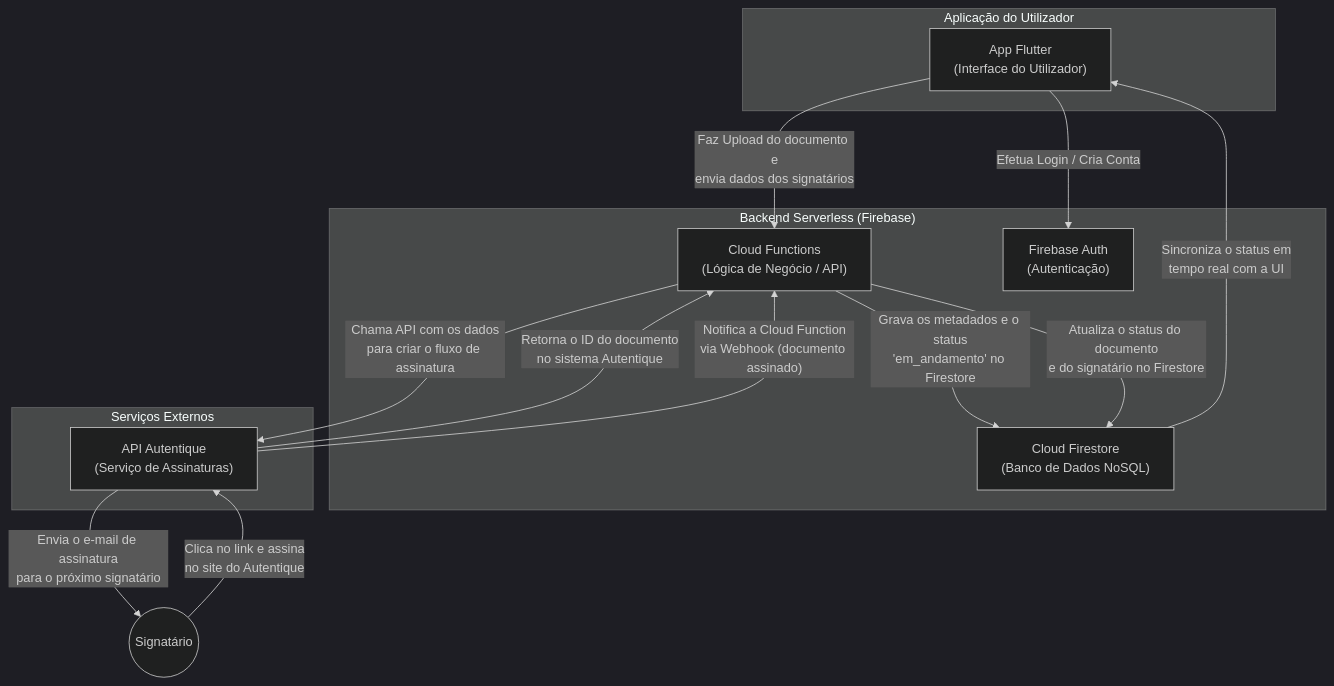
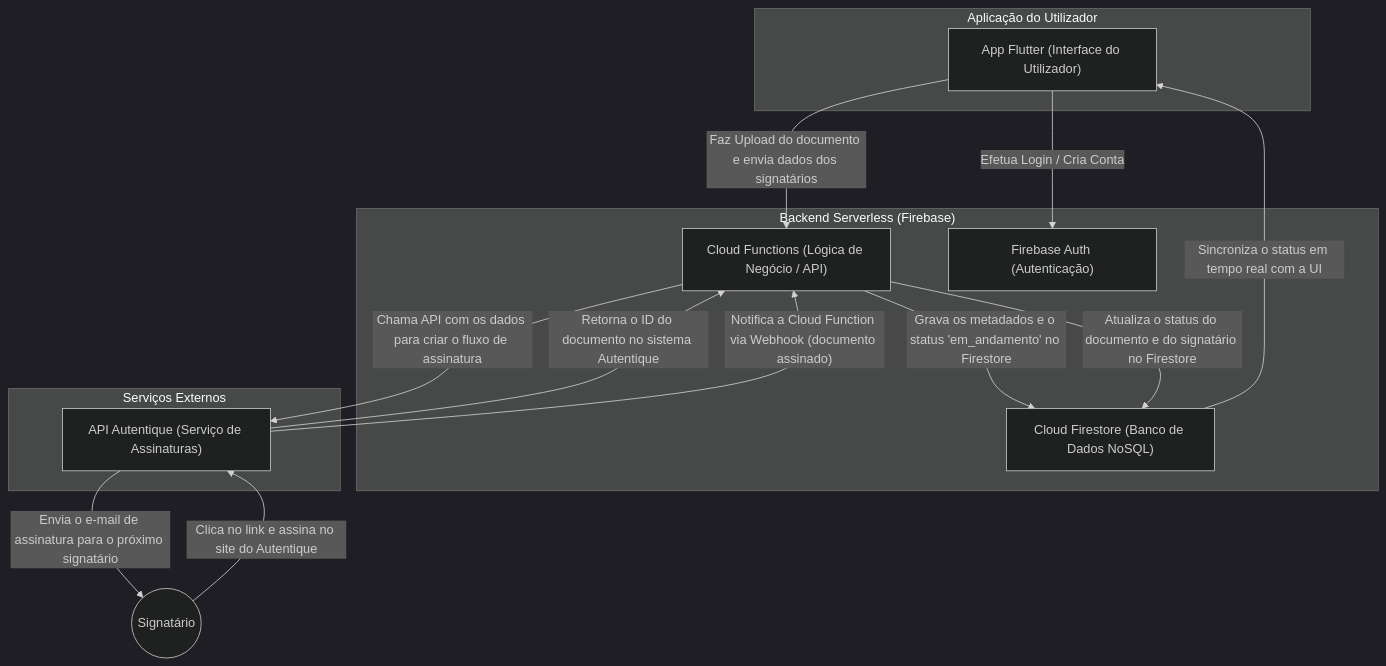
One commit to JoaoPapp/Portifolio changed the first of 4 diagrams in README.md. Above: the diagram before and after it, drawn with Mermaid (dark theme).

````diff
--- a/README.md
+++ b/README.md
@@ -65,27 +65,27 @@
 ```mermaid
 graph TD
     subgraph "Aplicação do Utilizador"
-        A["App Flutter\n(Interface do Utilizador)"]
+        A["App Flutter (Interface do Utilizador)"]
     end
 
     subgraph "Backend Serverless (Firebase)"
-        B["Cloud Functions\n(Lógica de Negócio / API)"]
-        C["Cloud Firestore\n(Banco de Dados NoSQL)"]
-        D["Firebase Auth\n(Autenticação)"]
+        B["Cloud Functions (Lógica de Negócio / API)"]
+        C["Cloud Firestore (Banco de Dados NoSQL)"]
+        D["Firebase Auth (Autenticação)"]
     end
 
     subgraph "Serviços Externos"
-        E["API Autentique\n(Serviço de Assinaturas)"]
+        E["API Autentique (Serviço de Assinaturas)"]
     end
 
     A -- "Efetua Login / Cria Conta" --> D
-    A -- "Faz Upload do documento e\nenvia dados dos signatários" --> B
-    B -- "Chama API com os dados\npara criar o fluxo de assinatura" --> E
-    E -- "Retorna o ID do documento\nno sistema Autentique" --> B
-    B -- "Grava os metadados e o status\n'em_andamento' no Firestore" --> C
-    C -- "Sincroniza o status em\ntempo real com a UI" --> A
-    E -- "Envia o e-mail de assinatura\npara o próximo signatário" --> F((Signatário))
-    F -- "Clica no link e assina\nno site do Autentique" --> E
-    E -- "Notifica a Cloud Function\nvia Webhook (documento assinado)" --> B
-    B -- "Atualiza o status do documento\ne do signatário no Firestore" --> C
+    A -- "Faz Upload do documento e envia dados dos signatários" --> B
+    B -- "Chama API com os dados para criar o fluxo de assinatura" --> E
+    E -- "Retorna o ID do documento no sistema Autentique" --> B
+    B -- "Grava os metadados e o status 'em_andamento' no Firestore" --> C
+    C -- "Sincroniza o status em tempo real com a UI" --> A
+    E -- "Envia o e-mail de assinatura para o próximo signatário" --> F((Signatário))
+    F -- "Clica no link e assina no site do Autentique" --> E
+    E -- "Notifica a Cloud Function via Webhook (documento assinado)" --> B
+    B -- "Atualiza o status do documento e do signatário no Firestore" --> C
 ```
````
